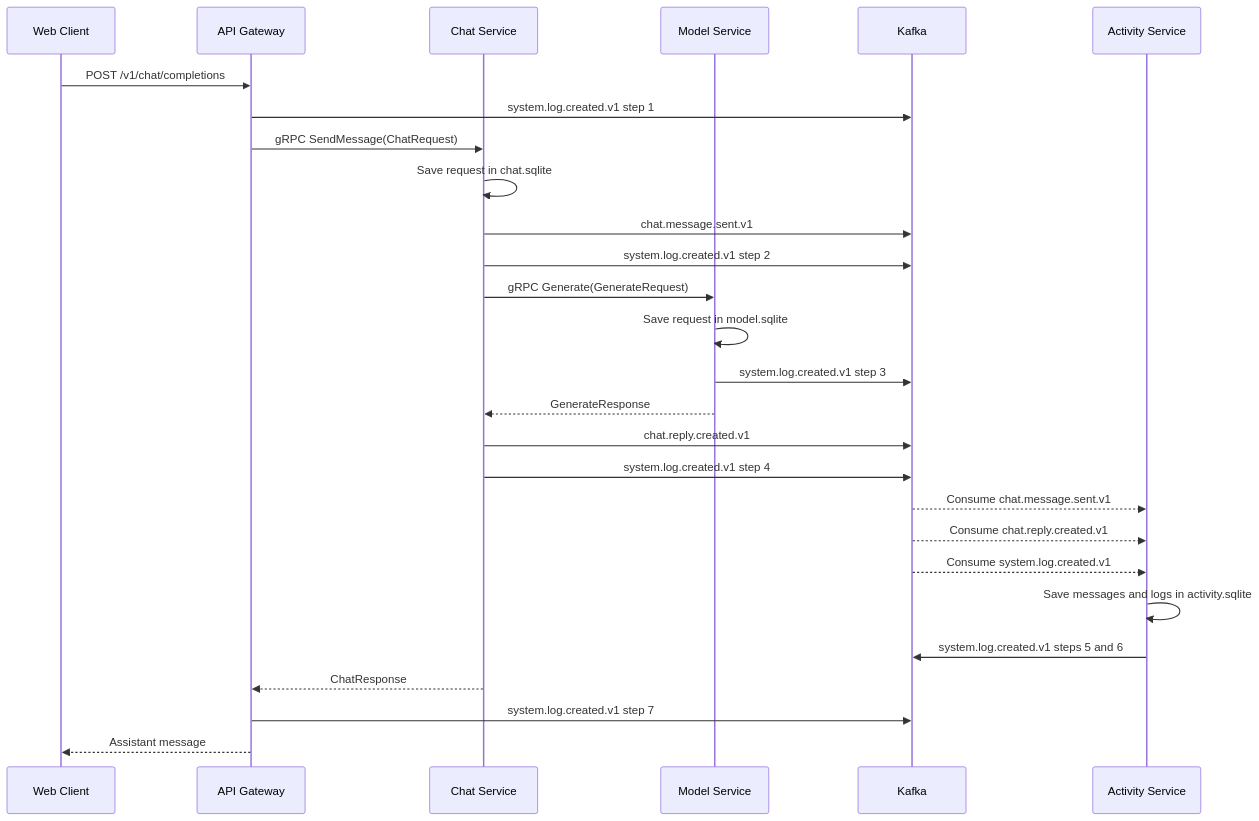
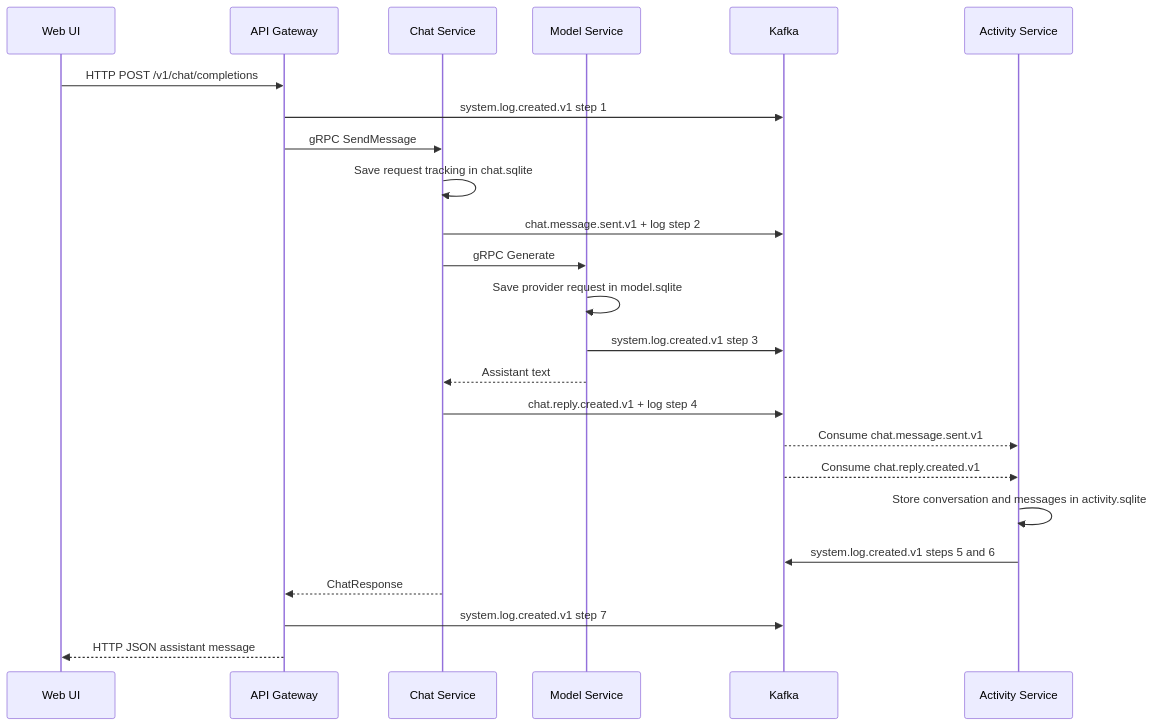
Before and after one commit to Luna-SOA/Luna: the second of 3 diagrams in README.md, drawn with Mermaid. The commit also changed other lines of this file and 6 other files, not shown here.

````diff
--- a/README.md
+++ b/README.md
@@ -48,30 +66,27 @@
 ```mermaid
 sequenceDiagram
-  participant W as Web Client
+  participant W as Web UI
   participant G as API Gateway
   participant C as Chat Service
   participant M as Model Service
   participant K as Kafka
   participant A as Activity Service
 
-  W->>G: POST /v1/chat/completions
+  W->>G: HTTP POST /v1/chat/completions
   G->>K: system.log.created.v1 step 1
-  G->>C: gRPC SendMessage(ChatRequest)
-  C->>C: Save request in chat.sqlite
-  C->>K: chat.message.sent.v1
-  C->>K: system.log.created.v1 step 2
-  C->>M: gRPC Generate(GenerateRequest)
-  M->>M: Save request in model.sqlite
+  G->>C: gRPC SendMessage
+  C->>C: Save request tracking in chat.sqlite
+  C->>K: chat.message.sent.v1 + log step 2
+  C->>M: gRPC Generate
+  M->>M: Save provider request in model.sqlite
   M->>K: system.log.created.v1 step 3
-  M-->>C: GenerateResponse
-  C->>K: chat.reply.created.v1
-  C->>K: system.log.created.v1 step 4
+  M-->>C: Assistant text
+  C->>K: chat.reply.created.v1 + log step 4
   K-->>A: Consume chat.message.sent.v1
   K-->>A: Consume chat.reply.created.v1
-  K-->>A: Consume system.log.created.v1
-  A->>A: Save messages and logs in activity.sqlite
+  A->>A: Store conversation and messages in activity.sqlite
   A->>K: system.log.created.v1 steps 5 and 6
   C-->>G: ChatResponse
   G->>K: system.log.created.v1 step 7
-  G-->>W: Assistant message
+  G-->>W: HTTP JSON assistant message
 ```
````
